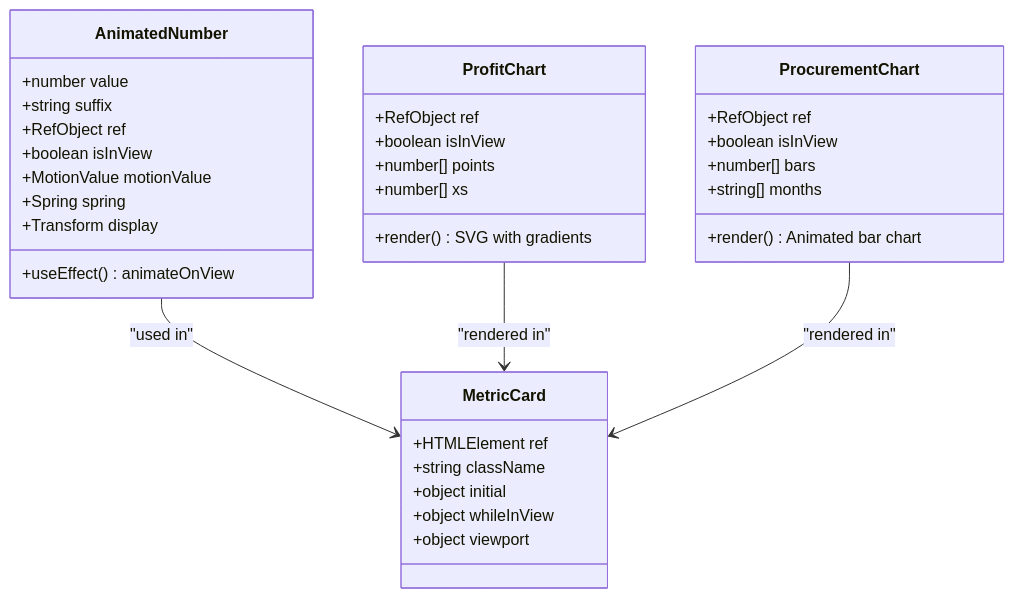
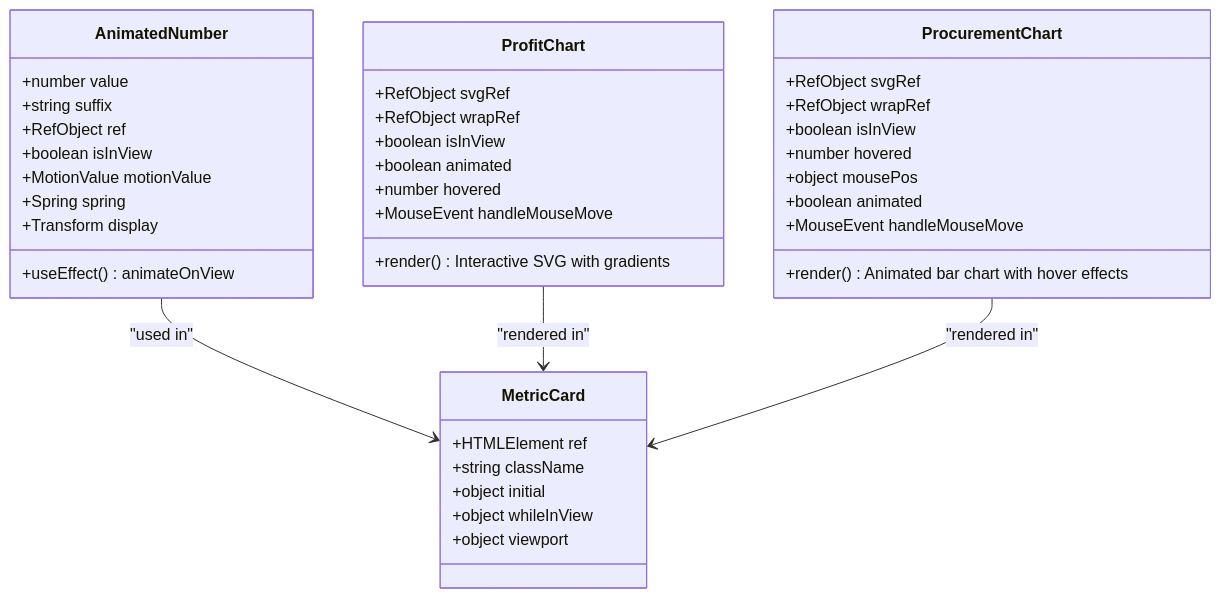
The third of 7 diagrams in .qoder/repowiki/en/content/Component Library & UI Elements/ImpactSection Component.md (subash7781/Portfolio), drawn with Mermaid before and after one commit. The commit also changed other lines of this file and 8 other files, not shown here.

````diff
--- a/.qoder/repowiki/en/content/Component Library & UI Elements/ImpactSection Component.md
+++ b/.qoder/repowiki/en/content/Component Library & UI Elements/ImpactSection Component.md
@@ -101,37 +109,42 @@
 ```mermaid
 classDiagram
 class AnimatedNumber {
 +number value
 +string suffix
 +RefObject ref
 +boolean isInView
 +MotionValue motionValue
 +Spring spring
 +Transform display
 +useEffect() animateOnView
 }
 class ProfitChart {
-+RefObject ref
++RefObject svgRef
++RefObject wrapRef
 +boolean isInView
-+number[] points
-+number[] xs
-+render() SVG with gradients
++boolean animated
++number hovered
++MouseEvent handleMouseMove
++render() Interactive SVG with gradients
 }
 class ProcurementChart {
-+RefObject ref
++RefObject svgRef
++RefObject wrapRef
 +boolean isInView
-+number[] bars
-+string[] months
-+render() Animated bar chart
++number hovered
++object mousePos
++boolean animated
++MouseEvent handleMouseMove
++render() Animated bar chart with hover effects
 }
 class MetricCard {
 +HTMLElement ref
 +string className
 +object initial
 +object whileInView
 +object viewport
 }
 AnimatedNumber --> MetricCard : "used in"
 ProfitChart --> MetricCard : "rendered in"
 ProcurementChart --> MetricCard : "rendered in"
 ```
````
